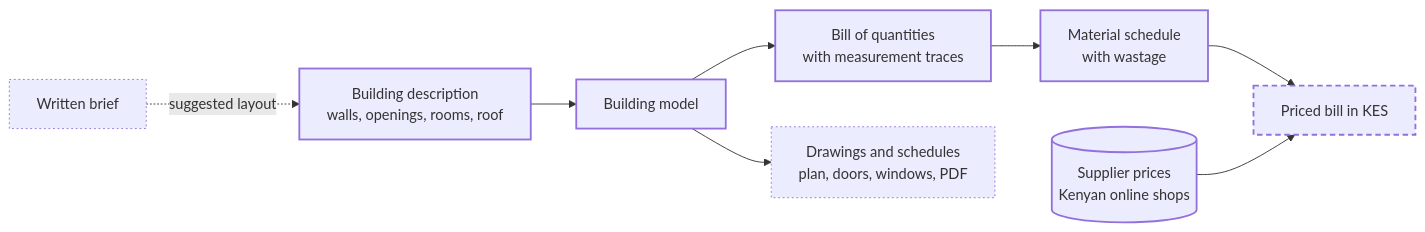
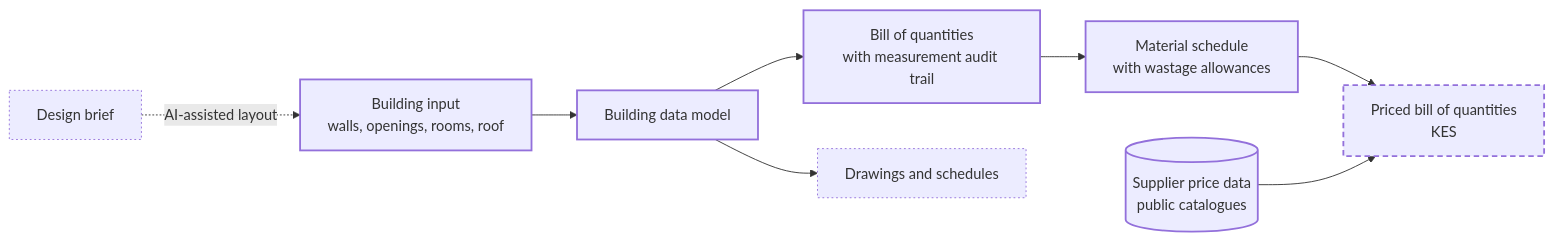
The diagram in README.md (RonoHenry/Design-Synapse), drawn with Mermaid before and after one commit. The commit also changed other lines of this file, not shown here.

First line of the commit message:
docs: present DesignSynapse in professional built-environment terms

````diff
--- a/README.md
+++ b/README.md
@@ -38,17 +26,17 @@
 ```mermaid
 flowchart LR
-    input["Building description<br/>walls, openings, rooms, roof"] --> model["Building model"]
-    model --> boq["Bill of quantities<br/>with measurement traces"]
-    boq --> materials["Material schedule<br/>with wastage"]
-    materials --> priced["Priced bill in KES"]
-    shops[("Supplier prices<br/>Kenyan online shops")] --> priced
-    model --> drawings["Drawings and schedules<br/>plan, doors, windows, PDF"]
-    brief["Written brief"] -.->|suggested layout| input
+    input["Building input<br/>walls, openings, rooms, roof"] --> model["Building data model"]
+    model --> boq["Bill of quantities<br/>with measurement audit trail"]
+    boq --> materials["Material schedule<br/>with wastage allowances"]
+    materials --> priced["Priced bill of quantities<br/>KES"]
+    shops[("Supplier price data<br/>public catalogues")] --> priced
+    model --> drawings["Drawings and schedules"]
+    brief["Design brief"] -.->|AI-assisted layout| input
 
     classDef built stroke-width:2px
     classDef next stroke-width:2px,stroke-dasharray:6 4
     classDef planned stroke-dasharray:2 3
     class input,model,boq,materials,shops built
     class priced next
     class drawings,brief planned
 ```
````
